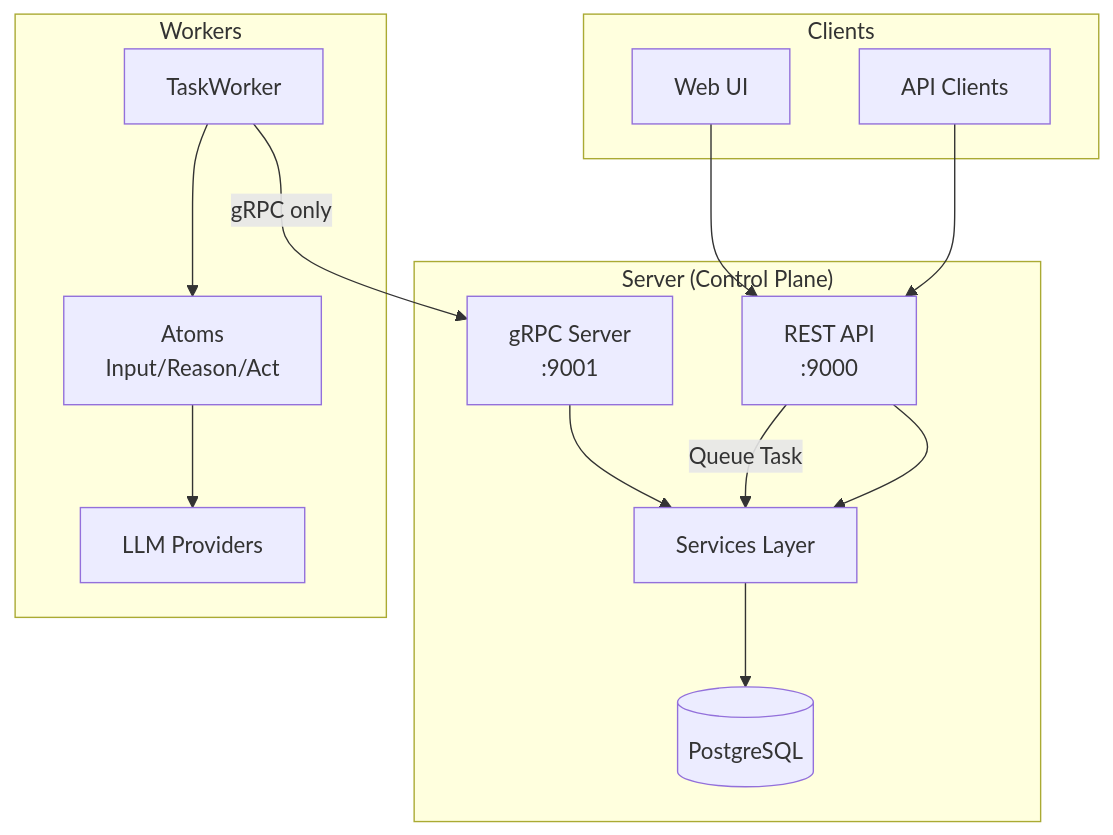
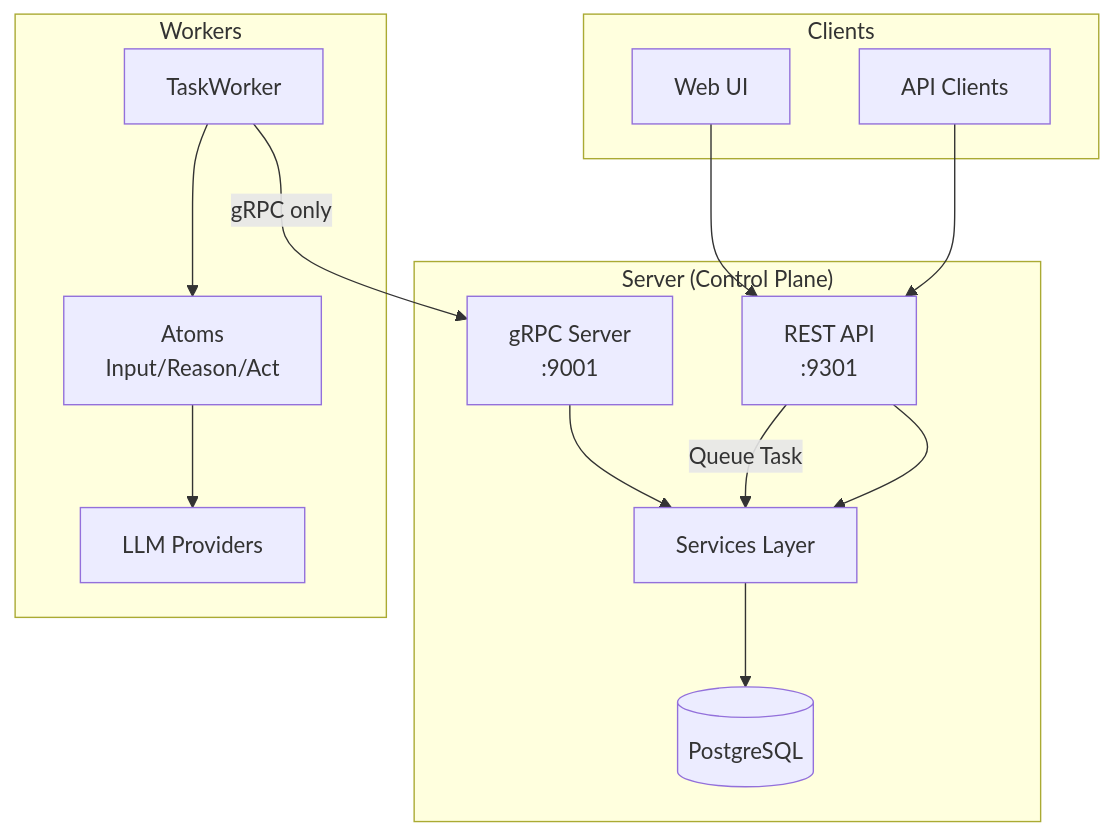
Before and after one commit to everruns/everruns: the first of 3 diagrams in specs/architecture.md, drawn with Mermaid. The commit also changed other lines of this file and 27 other files, not shown here.

````diff
--- a/specs/architecture.md
+++ b/specs/architecture.md
@@ -9,31 +9,31 @@
 ```mermaid
 graph TB
     subgraph Clients
         UI[Web UI]
         API_Client[API Clients]
     end
 
     subgraph Server["Server (Control Plane)"]
-        REST[REST API<br/>:9000]
+        REST[REST API<br/>:9301]
         GRPC[gRPC Server<br/>:9001]
         Services[Services Layer]
         Storage[(PostgreSQL)]
     end
 
     subgraph Workers
         Worker[TaskWorker]
         Atoms[Atoms<br/>Input/Reason/Act]
         LLM[LLM Providers]
     end
 
     UI --> REST
     API_Client --> REST
     REST --> Services
     Services --> Storage
     GRPC --> Services
 
     Worker -->|gRPC only| GRPC
     REST -->|Queue Task| Services
     Worker --> Atoms
     Atoms --> LLM
 ```
````
